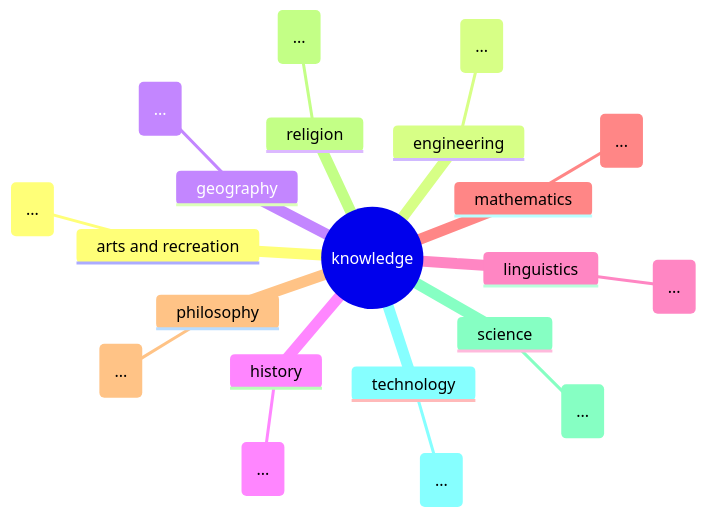
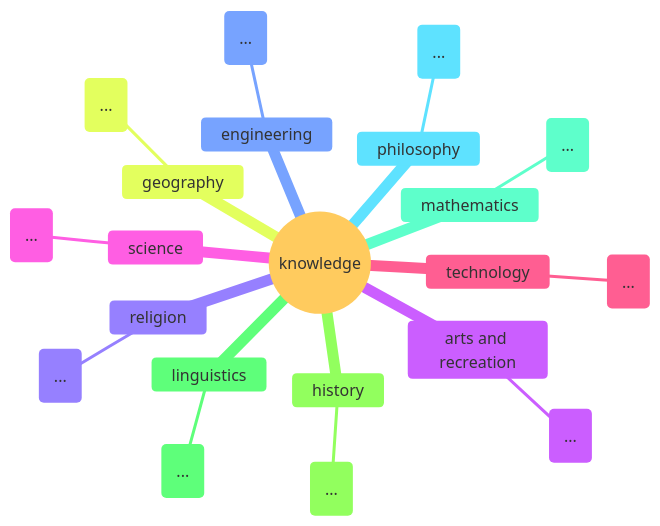
Before and after one commit to nimbinatus/taxonomy: the fourth of 8 diagrams in docs/full_taxonomy.md, drawn with Mermaid. The commit also changed other lines of this file, not shown here.

Commit message:
style(mermaid): clean up diagrams

````diff
--- a/docs/full_taxonomy.md
+++ b/docs/full_taxonomy.md
@@ -105,24 +126,31 @@
 ```mermaid
+---
+title: Knowledge
+config:
+    theme: base
+    mindmap:
+        maxNodeWidth: 100
+---
 mindmap
     root((knowledge))
         arts and recreation
             id(...)
         engineering
             id(...)
         geography
             id(...)
         history
             id(...)
         linguistics
             id(...)
         mathematics
             id(...)
         philosophy
             id(...)
         religion
             id(...)
         science
             id(...)
         technology
             id(...)
 ```
````
